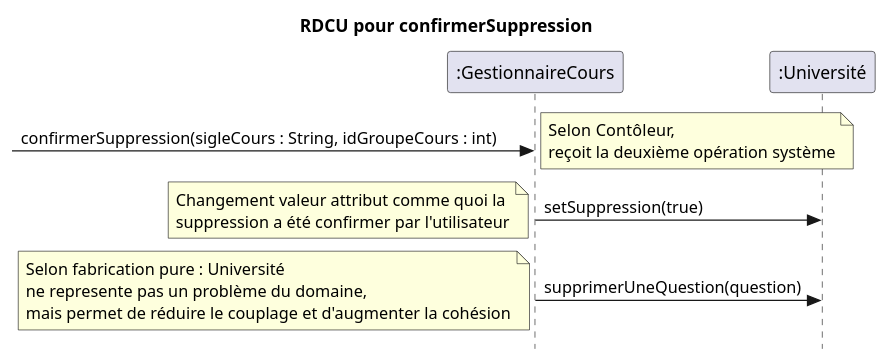
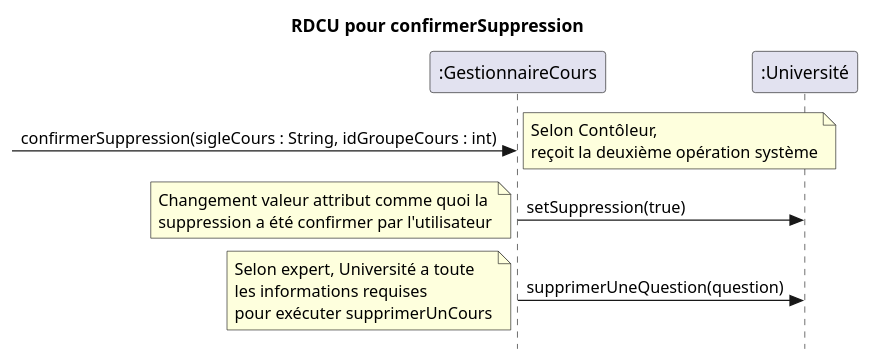
One commit to nerdz88/SGA-TS changed the second of 2 diagrams in docs/Retirer cours/RDCU_Supprimer_Cours.puml. Above: the diagram before and after it, drawn with PlantUML. The commit also changed 7 other files, not shown here.

```diff
--- a/docs/Retirer cours/RDCU_Supprimer_Cours.puml
+++ b/docs/Retirer cours/RDCU_Supprimer_Cours.puml
@@ -10,13 +10,13 @@
 @startuml confirmerSuppression
 skinparam style strictuml
 skinparam defaultfontname Verdana
 title RDCU pour confirmerSuppression
 participant ":GestionnaireCours" as controleur
 participant ":Université" as universite
 -> controleur : confirmerSuppression(sigleCours : String, idGroupeCours : int)
 note left : Selon Contôleur,\nreçoit la deuxième opération système
 controleur -> universite : setSuppression(true)
 note left : Changement valeur attribut comme quoi la\nsuppression a été confirmer par l'utilisateur
 controleur -> universite : supprimerUneQuestion(question)
-note left : Selon fabrication pure : Université\nne represente pas un problème du domaine,\nmais permet de réduire le couplage et d'augmenter la cohésion
+note left : Selon expert, Université a toute\nles informations requises\npour exécuter supprimerUnCours
 @enduml 
```
